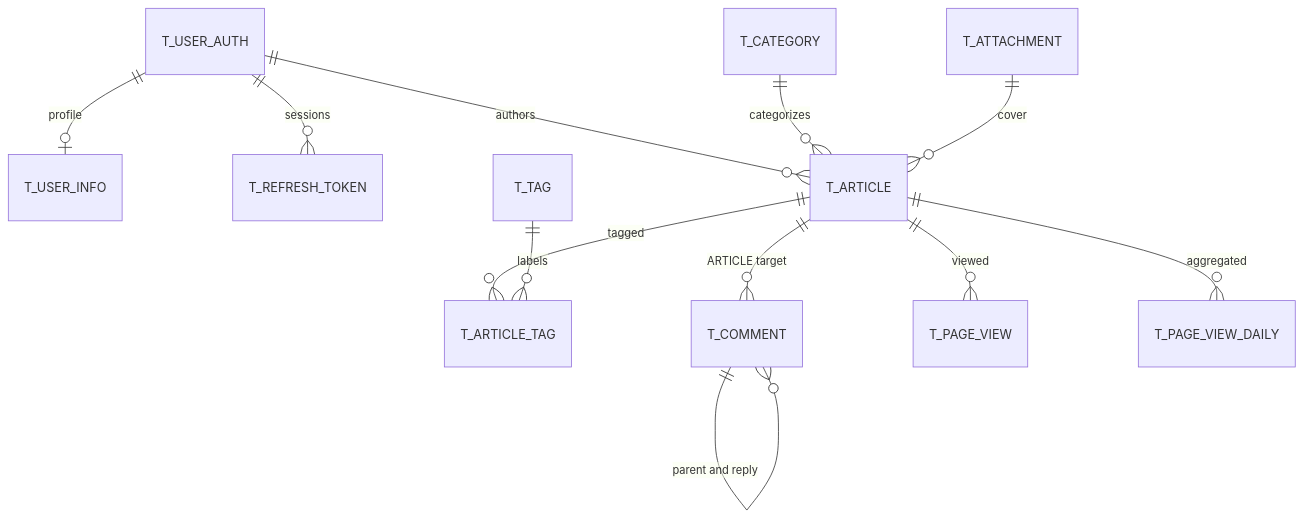
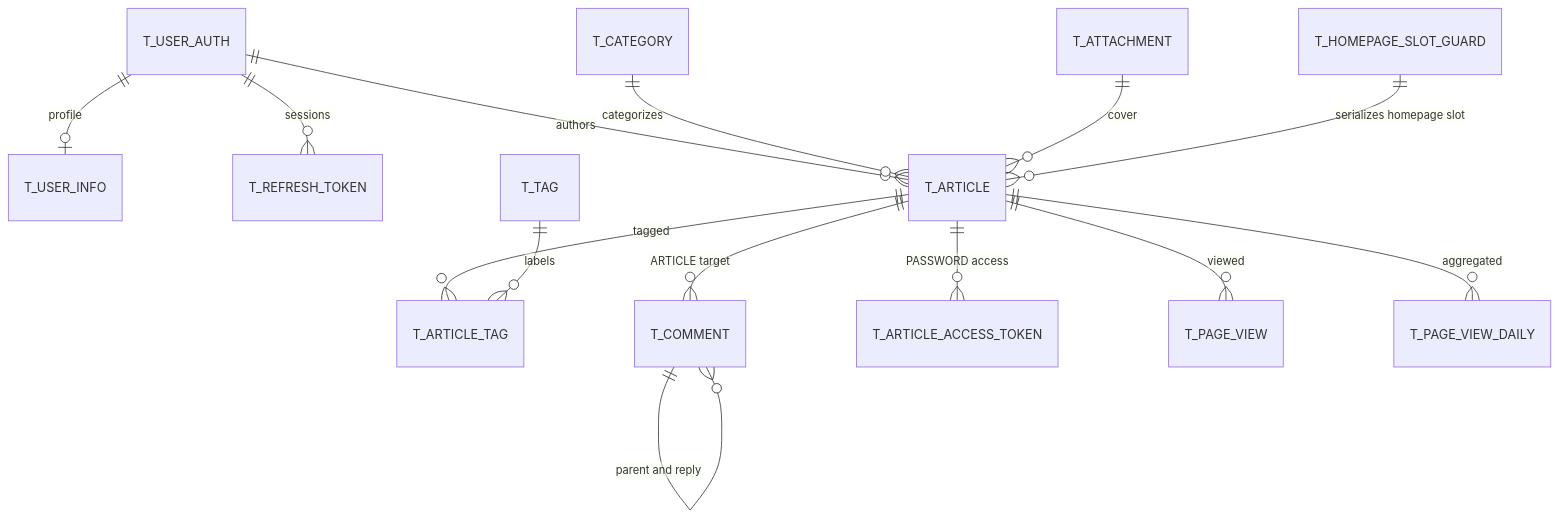
The second of 2 diagrams in docs/handbook/product/er-diagram.md (tongchang01/My-Blog), drawn with Mermaid before and after one commit. The commit also changed other lines of this file and 8 other files, not shown here.

````diff
--- a/docs/handbook/product/er-diagram.md
+++ b/docs/handbook/product/er-diagram.md
@@ -35,16 +35,18 @@
 ```mermaid
 erDiagram
   T_USER_AUTH ||--o| T_USER_INFO : "profile"
   T_USER_AUTH ||--o{ T_REFRESH_TOKEN : "sessions"
   T_USER_AUTH ||--o{ T_ARTICLE : "authors"
 
   T_CATEGORY ||--o{ T_ARTICLE : "categorizes"
   T_ATTACHMENT ||--o{ T_ARTICLE : "cover"
   T_ARTICLE ||--o{ T_ARTICLE_TAG : "tagged"
   T_TAG ||--o{ T_ARTICLE_TAG : "labels"
 
   T_ARTICLE ||--o{ T_COMMENT : "ARTICLE target"
+  T_ARTICLE ||--o{ T_ARTICLE_ACCESS_TOKEN : "PASSWORD access"
+  T_HOMEPAGE_SLOT_GUARD ||--o{ T_ARTICLE : "serializes homepage slot"
   T_COMMENT ||--o{ T_COMMENT : "parent and reply"
   T_ARTICLE ||--o{ T_PAGE_VIEW : "viewed"
   T_ARTICLE ||--o{ T_PAGE_VIEW_DAILY : "aggregated"
 ```
````
